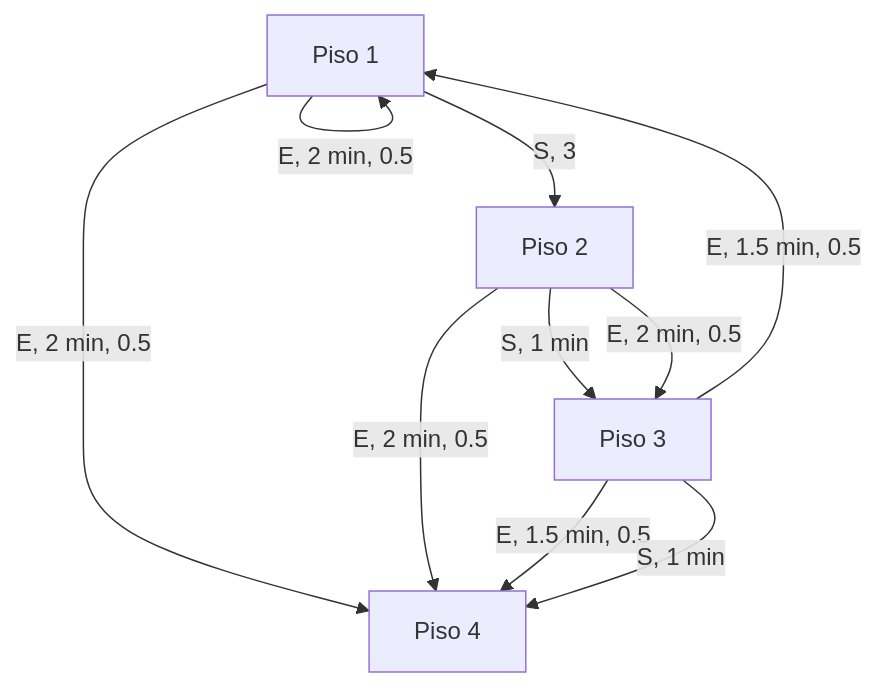
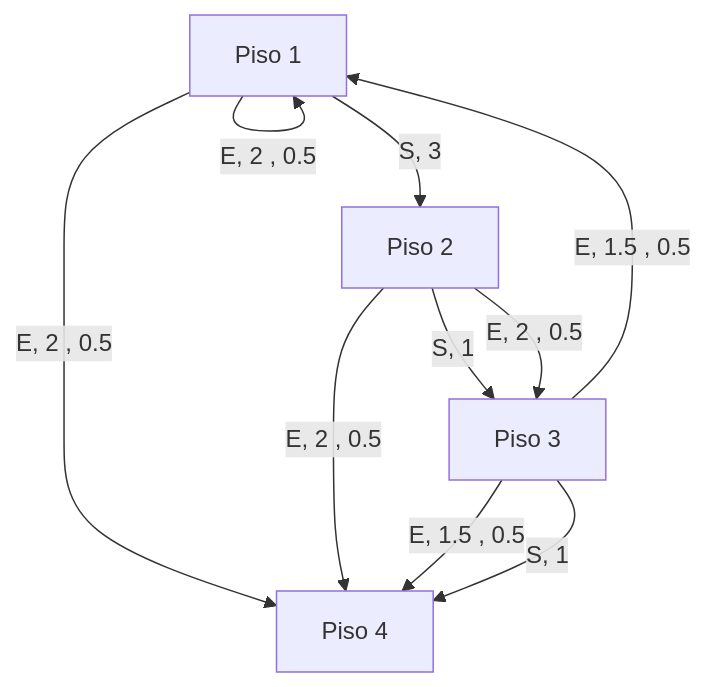
The first of 2 diagrams in Agentes inteligentes/Practico/MDP y Programación dinámica/Escaleras mágicas.md (BRJoaquin/ia-obsidian), drawn with Mermaid before and after one commit. The commit also changed other lines of this file, not shown here.

Commit message:
vault backup: 2023-04-09 20:36:48

````diff
--- a/Agentes inteligentes/Practico/MDP y Programación dinámica/Escaleras mágicas.md
+++ b/Agentes inteligentes/Practico/MDP y Programación dinámica/Escaleras mágicas.md
@@ -4,12 +4,12 @@
 ```mermaid
 graph TD
     A[Piso 1] -->|S, 3 | B[Piso 2]
-    A -->|E, 2 min, 0.5| A
-    A -->|E, 2 min, 0.5| D[Piso 4]
-    B -->|S, 1 min| C[Piso 3]
-    B -->|E, 2 min, 0.5| C
-    B -->|E, 2 min, 0.5| D
-    C -->|E, 1.5 min, 0.5| A
-    C -->|E, 1.5 min, 0.5| D
-    C -->|S, 1 min| D
+    A -->|E, 2 , 0.5| A
+    A -->|E, 2 , 0.5| D[Piso 4]
+    B -->|S, 1 | C[Piso 3]
+    B -->|E, 2 , 0.5| C
+    B -->|E, 2 , 0.5| D
+    C -->|E, 1.5 , 0.5| A
+    C -->|E, 1.5 , 0.5| D
+    C -->|S, 1 | D
 ```
````
